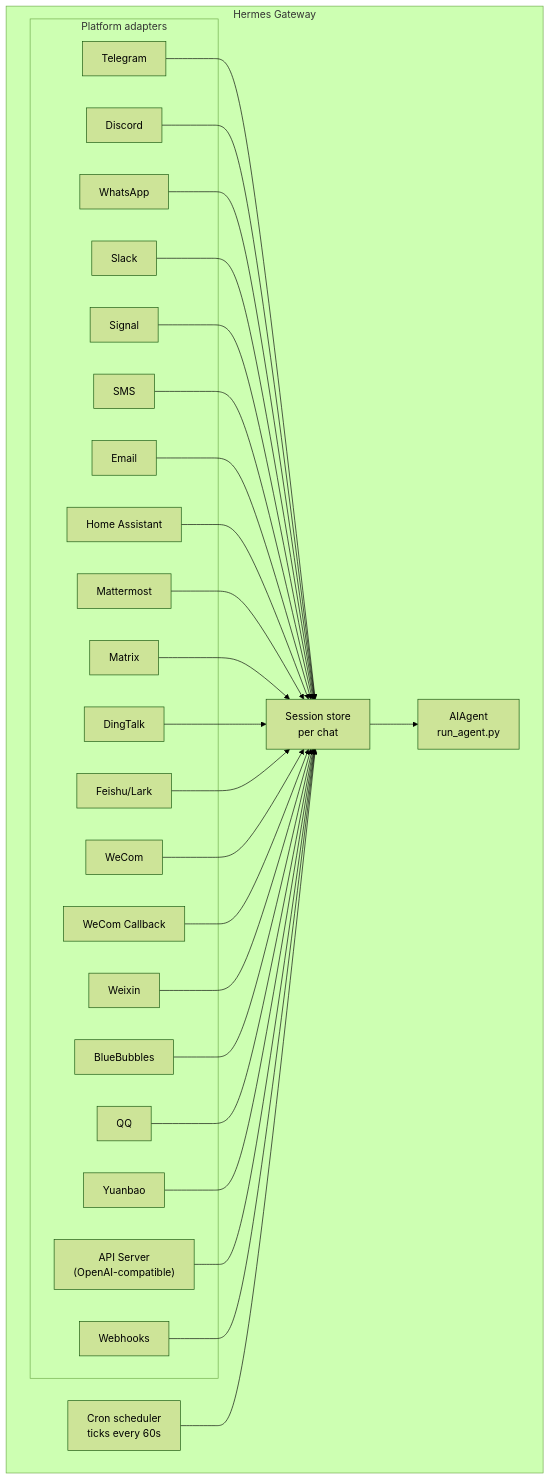
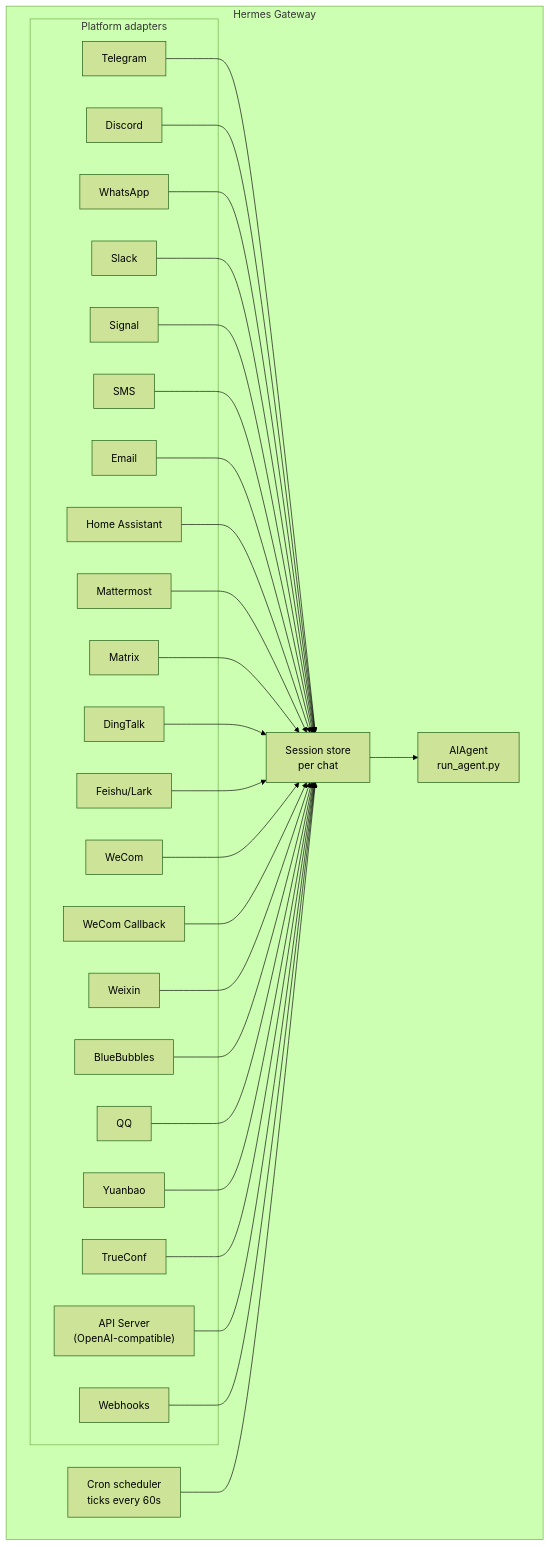
Before and after one commit to NousResearch/hermes-agent: the diagram in website/docs/user-guide/messaging/index.md, drawn with Mermaid (forest theme). The commit also changed other lines of this file and 7 other files, not shown here.

````diff
--- a/website/docs/user-guide/messaging/index.md
+++ b/website/docs/user-guide/messaging/index.md
@@ -40,54 +41,56 @@
 ```mermaid
 flowchart TB
     subgraph Gateway["Hermes Gateway"]
         subgraph Adapters["Platform adapters"]
             tg[Telegram]
             dc[Discord]
             wa[WhatsApp]
             sl[Slack]
             sig[Signal]
             sms[SMS]
             em[Email]
             ha[Home Assistant]
             mm[Mattermost]
             mx[Matrix]
             dt[DingTalk]
     fs[Feishu/Lark]
     wc[WeCom]
     wcb[WeCom Callback]
     wx[Weixin]
     bb[BlueBubbles]
     qq[QQ]
     yb[Yuanbao]
+            tc[TrueConf]
             api["API Server<br/>(OpenAI-compatible)"]
             wh[Webhooks]
         end
 
         store["Session store<br/>per chat"]
         agent["AIAgent<br/>run_agent.py"]
         cron["Cron scheduler<br/>ticks every 60s"]
     end
 
     tg --> store
     dc --> store
     wa --> store
     sl --> store
     sig --> store
     sms --> store
     em --> store
     ha --> store
     mm --> store
     mx --> store
     dt --> store
     fs --> store
     wc --> store
     wcb --> store
     wx --> store
     bb --> store
     qq --> store
     yb --> store
+    tc --> store
     api --> store
     wh --> store
     store --> agent
     cron --> store
 ```
````
